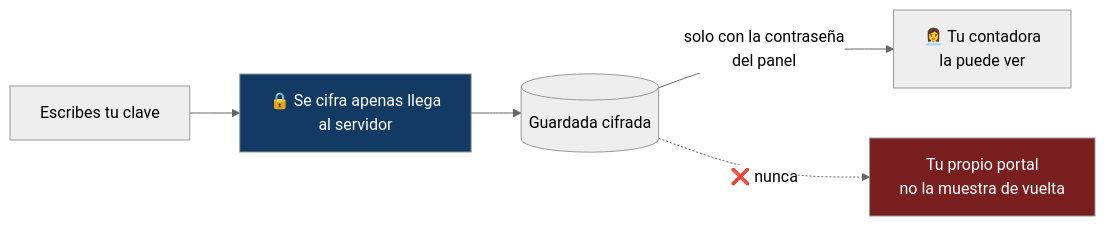
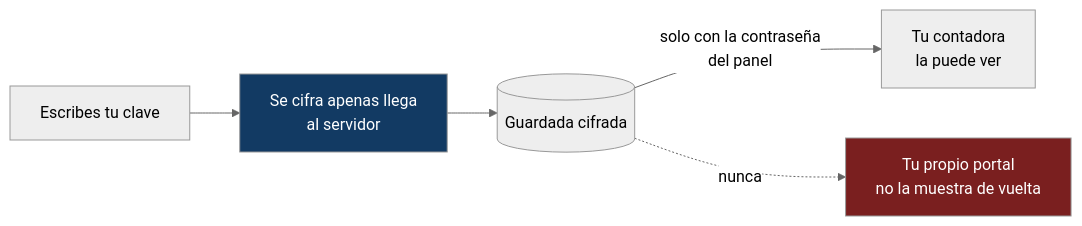
The second of 4 diagrams in docs/MANUAL-USUARIO.md (alexizher/portal-declaracion-renta), drawn with Mermaid (neutral theme) before and after one commit. The commit also changed other lines of this file and 3 other files, not shown here.

````diff
--- a/docs/MANUAL-USUARIO.md
+++ b/docs/MANUAL-USUARIO.md
@@ -118,10 +118,10 @@
 ```mermaid
 flowchart LR
-    A["Escribes tu clave"] --> B["🔒 Se cifra apenas llega<br/>al servidor"]
+    A["Escribes tu clave"] --> B["Se cifra apenas llega<br/>al servidor"]
     B --> C[("Guardada cifrada")]
-    C -->|"solo con la contraseña<br/>del panel"| D["👩‍💼 Tu contadora<br/>la puede ver"]
-    C -.->|"❌ nunca"| E["Tu propio portal<br/>no la muestra de vuelta"]
+    C -->|"solo con la contraseña<br/>del panel"| D["Tu contadora<br/>la puede ver"]
+    C -.->|"nunca"| E["Tu propio portal<br/>no la muestra de vuelta"]
 
     style B fill:#123a63,color:#fff
     style E fill:#7a1f1f,color:#fff
 ```
````
